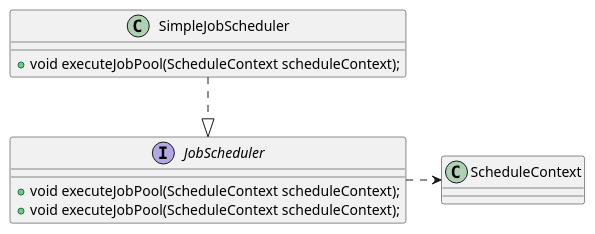
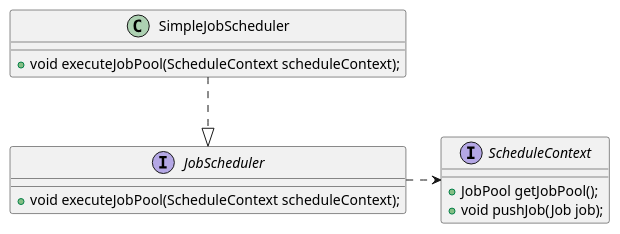
Before and after one commit to DepInjoy/geektime: the third of 3 diagrams in doc/DB/Doris/SourceRead/00_01_CascadesContext.md, drawn with PlantUML. The commit also changed 2 other files, not shown here.

Commit message:
Rewrite Framework整理

````diff
--- a/doc/DB/Doris/SourceRead/00_01_CascadesContext.md
+++ b/doc/DB/Doris/SourceRead/00_01_CascadesContext.md
@@ -199,18 +199,20 @@
 ```plantuml
 @startuml
 interface JobScheduler {
     + void executeJobPool(ScheduleContext scheduleContext);
 }
 
 class SimpleJobScheduler {
     + void executeJobPool(ScheduleContext scheduleContext);
 }
 
-interface JobScheduler {
-    + void executeJobPool(ScheduleContext scheduleContext);
+interface ScheduleContext {
+    + JobPool getJobPool();
+    + void pushJob(Job job);
 }
+
 SimpleJobScheduler -down.|> JobScheduler
 JobScheduler -right..> ScheduleContext
 
 @enduml
 ```
````
